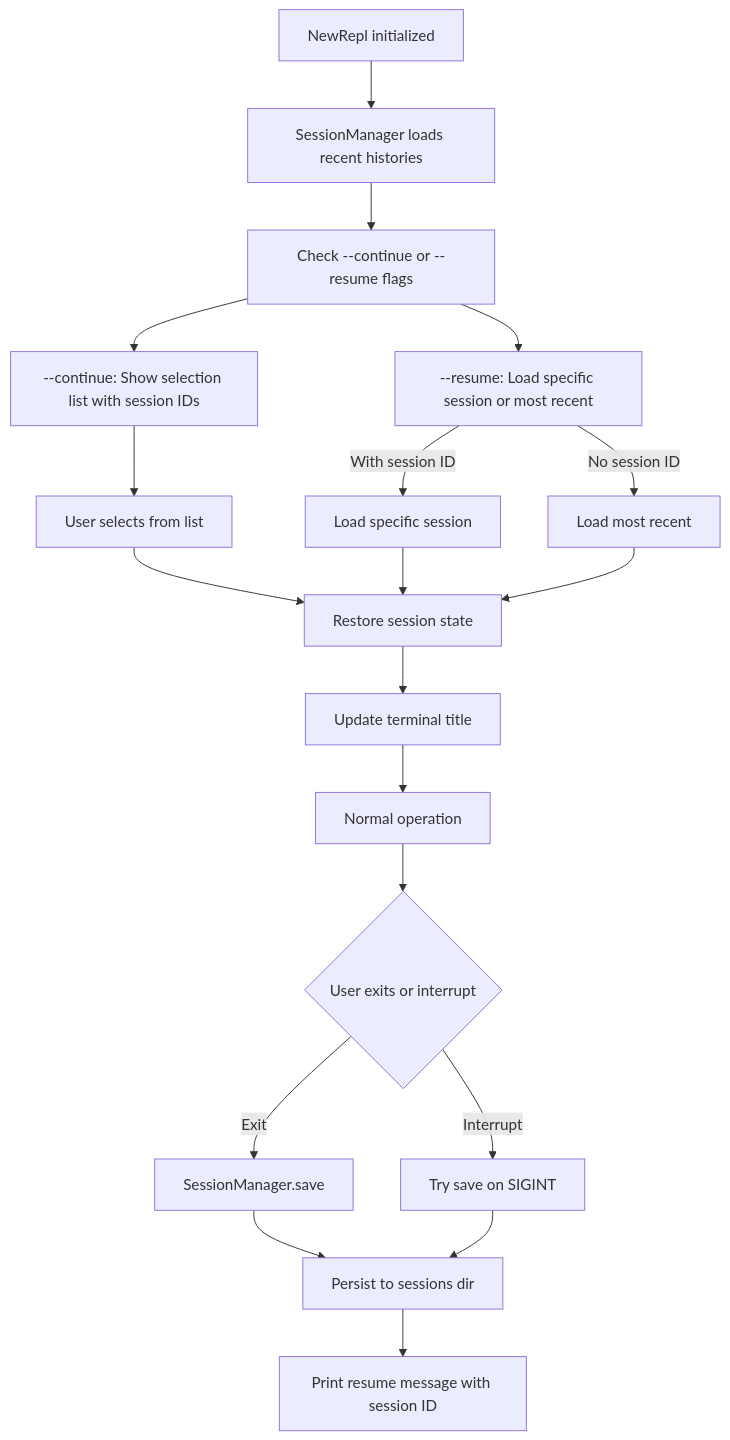
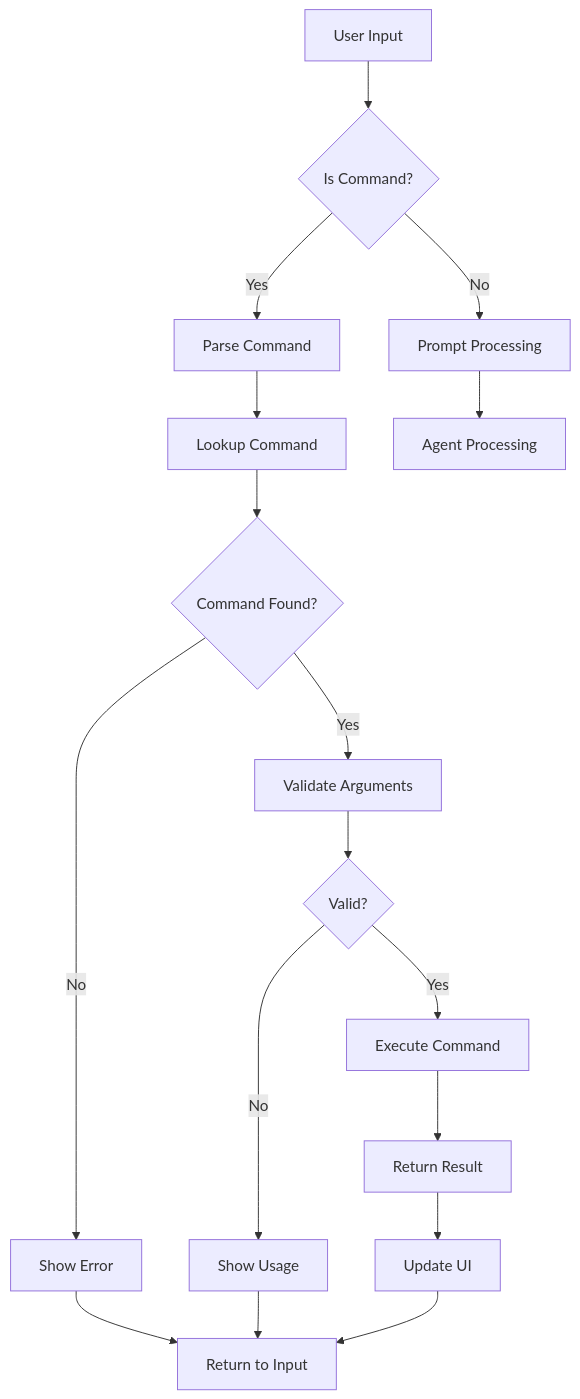
Before and after one commit to travisennis/acai-ts: the sixth of 10 diagrams in ARCHITECTURE.md, drawn with Mermaid. The commit also changed other lines of this file and 11 other files, not shown here.

````diff
--- a/ARCHITECTURE.md
+++ b/ARCHITECTURE.md
@@ -715,21 +696,23 @@
 ```mermaid
-graph TD
-  A[NewRepl initialized] --> B[SessionManager loads recent histories]
-  B --> C[Check --continue or --resume flags]
-  C --> D[--continue: Show selection list with session IDs]
-  C --> E[--resume: Load specific session or most recent]
-  D --> F[User selects from list]
-  F --> G[Restore session state]
-  E -->|With session ID| H[Load specific session]
-  E -->|No session ID| I[Load most recent]
-  H --> G
-  I --> G
-  G --> J[Update terminal title]
-  J --> K[Normal operation]
-  K --> L{User exits or interrupt}
-  L -->|Exit| M[SessionManager.save]
-  L -->|Interrupt| N[Try save on SIGINT]
-  M --> O[Persist to sessions dir]
-  N --> O
-  O --> P[Print resume message with session ID]
+flowchart TD
+    A[User Input] --> B{Is Command?}
+    B -->|No| C[Prompt Processing]
+    B -->|Yes| D[Parse Command]
+    
+    D --> E[Lookup Command]
+    E --> F{Command Found?}
+    F -->|No| G[Show Error]
+    F -->|Yes| H[Validate Arguments]
+    
+    H --> I{Valid?}
+    I -->|No| J[Show Usage]
+    I -->|Yes| K[Execute Command]
+    
+    K --> L[Return Result]
+    L --> M[Update UI]
+    
+    G --> N[Return to Input]
+    J --> N
+    M --> N
+    C --> O[Agent Processing]
 ```
````
